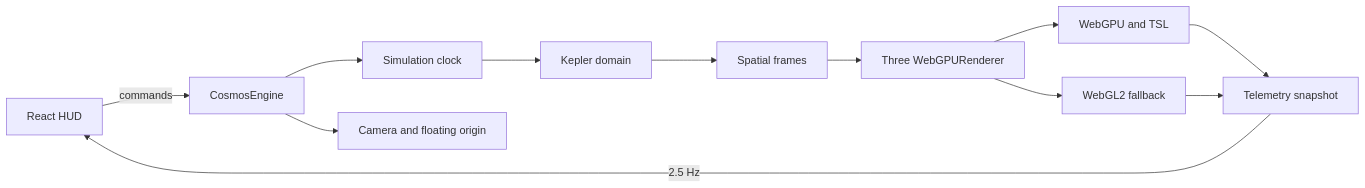
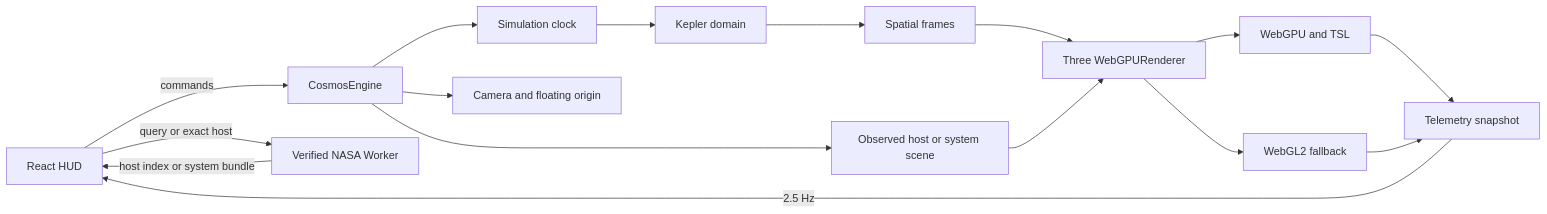
The second of 2 diagrams in docs/ARCHITECTURE.md (tianrking/SpaceEngine-Web), drawn with Mermaid before and after one commit. The commit also changed other lines of this file and 26 other files, not shown here.

````diff
--- a/docs/ARCHITECTURE.md
+++ b/docs/ARCHITECTURE.md
@@ -72,14 +125,18 @@
 ```mermaid
 flowchart LR
   UI[React HUD] -->|commands| Facade[CosmosEngine]
+  UI -->|query or exact host| CatalogWorker[Verified NASA Worker]
+  CatalogWorker -->|host index or system bundle| UI
   Facade --> Clock[Simulation clock]
   Facade --> Camera[Camera and floating origin]
+  Facade --> Observed[Observed host or system scene]
   Clock --> Orbit[Kepler domain]
   Orbit --> Frames[Spatial frames]
   Frames --> Renderer[Three WebGPURenderer]
+  Observed --> Renderer
   Renderer --> GPU[WebGPU and TSL]
   Renderer --> GL[WebGL2 fallback]
   GPU --> Snapshot[Telemetry snapshot]
   GL --> Snapshot
   Snapshot -->|2.5 Hz| UI
 ```
````
